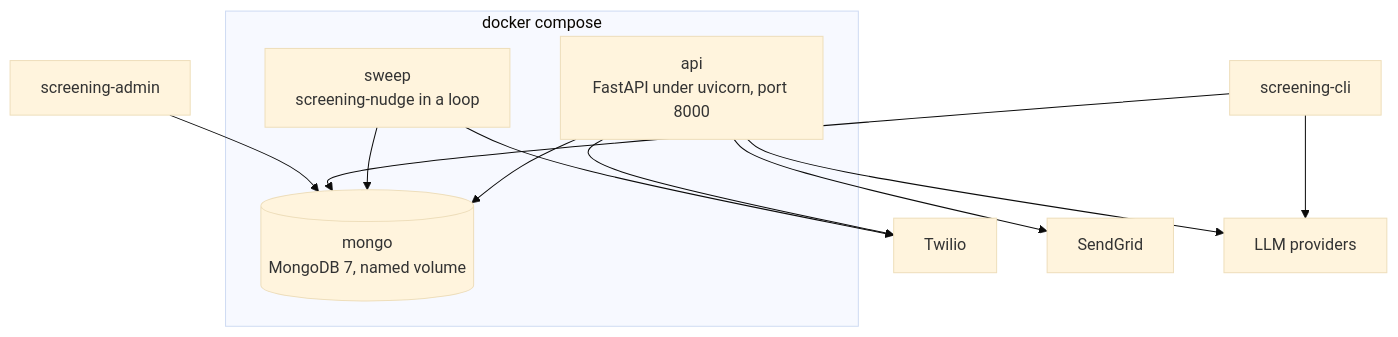
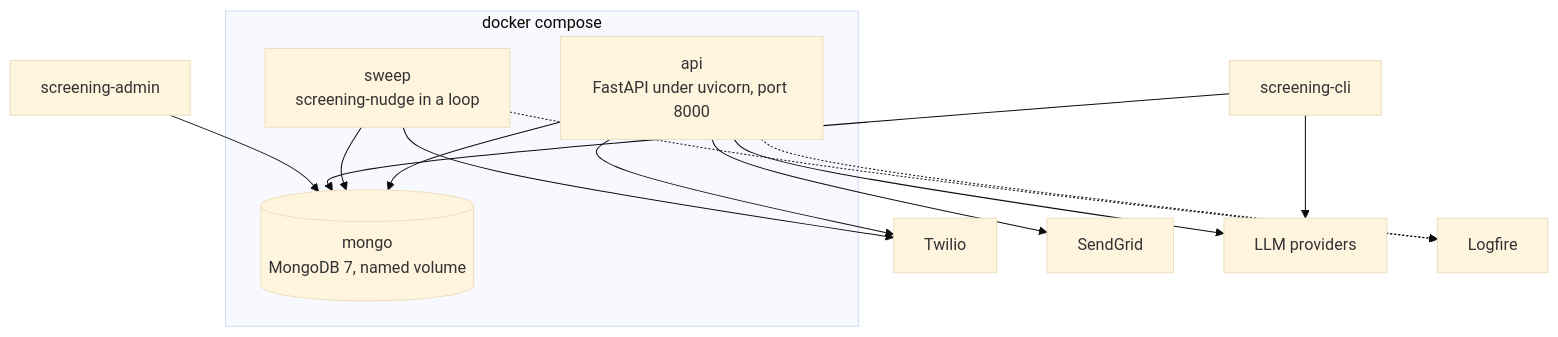
One commit to bumblB33/grupo-sazon-recruiting changed the second of 5 diagrams in README.md. Above: the diagram before and after it, drawn with Mermaid (base theme). The commit also changed other lines of this file and 3 other files, not shown here.

````diff
--- a/README.md
+++ b/README.md
@@ -245,25 +248,28 @@
 ```mermaid
 flowchart TB
     subgraph compose [docker compose]
         api[api<br/>FastAPI under uvicorn, port 8000]
         sweep[sweep<br/>screening-nudge in a loop]
         mongo[(mongo<br/>MongoDB 7, named volume)]
     end
     cli[screening-cli]
     admin[screening-admin]
 
     twilio[Twilio]
     sendgrid[SendGrid]
     llm[LLM providers]
+    logfire[Logfire]
 
     api --> mongo
     sweep --> mongo
     cli --> mongo
     admin --> mongo
 
     api --> twilio
     api --> sendgrid
     api --> llm
     sweep --> twilio
     cli --> llm
+    api -.-> logfire
+    sweep -.-> logfire
 ```
````
